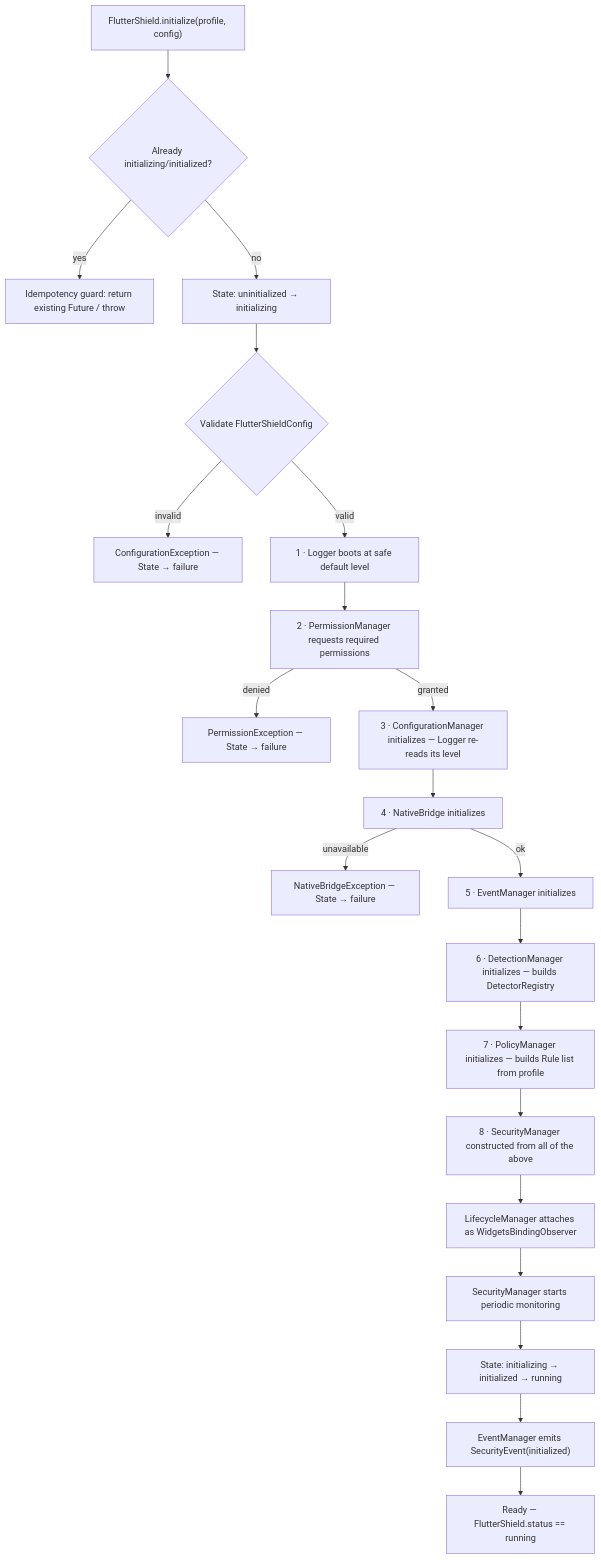
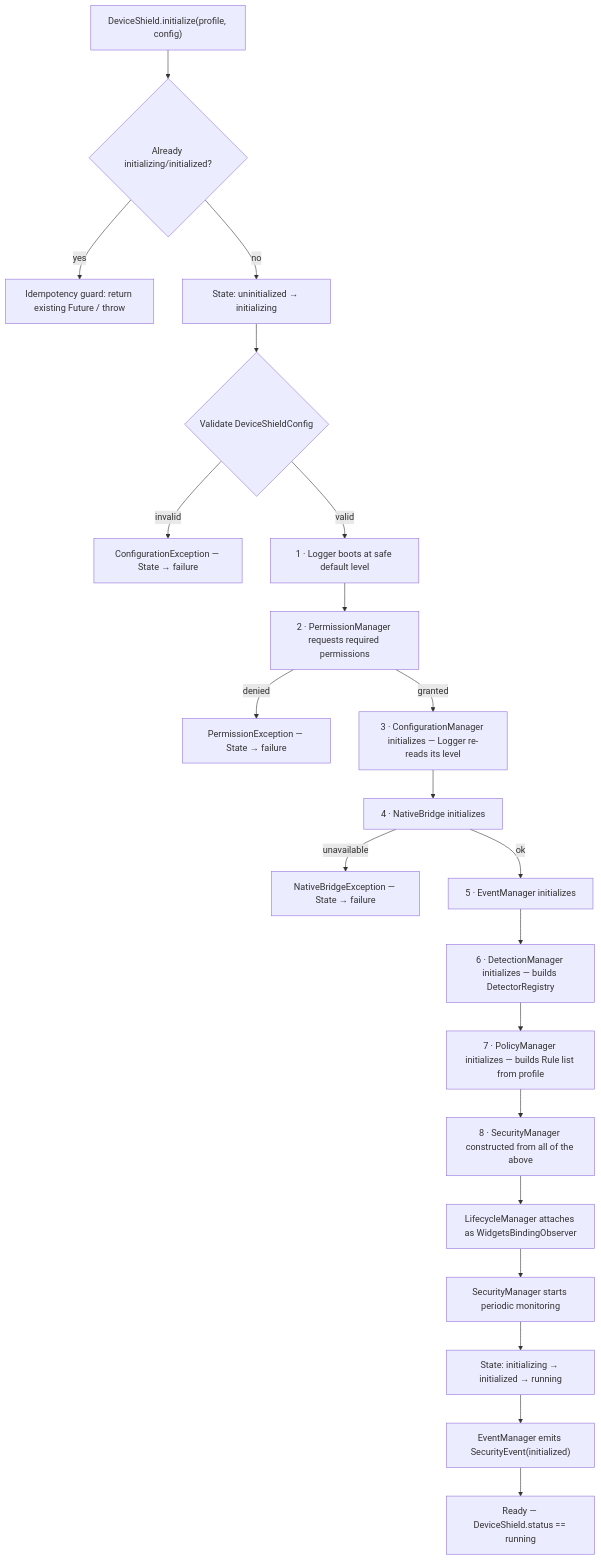
The second of 6 diagrams in ARCHITECTURE.md (Vikaskumar75/device-shield), drawn with Mermaid before and after one commit. The commit also changed other lines of this file and 225 other files, not shown here.

First line of the commit message:
Add documentation for device_shield including FAQ, troubleshooting, installation, and platform setup

````diff
--- a/ARCHITECTURE.md
+++ b/ARCHITECTURE.md
@@ -99,23 +99,23 @@
 ```mermaid
 flowchart TD
-    A["FlutterShield.initialize(profile, config)"] --> A2{"Already initializing/initialized?"}
+    A["DeviceShield.initialize(profile, config)"] --> A2{"Already initializing/initialized?"}
     A2 -->|yes| A3["Idempotency guard: return existing Future / throw"]
     A2 -->|no| B["State: uninitialized → initializing"]
-    B --> C{"Validate FlutterShieldConfig"}
+    B --> C{"Validate DeviceShieldConfig"}
     C -->|invalid| CX["ConfigurationException — State → failure"]
     C -->|valid| D["1 · Logger boots at safe default level"]
     D --> E["2 · PermissionManager requests required permissions"]
     E -->|denied| EX["PermissionException — State → failure"]
     E -->|granted| F["3 · ConfigurationManager initializes — Logger re-reads its level"]
     F --> G["4 · NativeBridge initializes"]
     G -->|unavailable| GX["NativeBridgeException — State → failure"]
     G -->|ok| H["5 · EventManager initializes"]
     H --> I["6 · DetectionManager initializes — builds DetectorRegistry"]
     I --> J["7 · PolicyManager initializes — builds Rule list from profile"]
     J --> K["8 · SecurityManager constructed from all of the above"]
     K --> L["LifecycleManager attaches as WidgetsBindingObserver"]
     L --> M["SecurityManager starts periodic monitoring"]
     M --> N["State: initializing → initialized → running"]
     N --> O["EventManager emits SecurityEvent(initialized)"]
-    O --> P["Ready — FlutterShield.status == running"]
+    O --> P["Ready — DeviceShield.status == running"]
 ```
````
